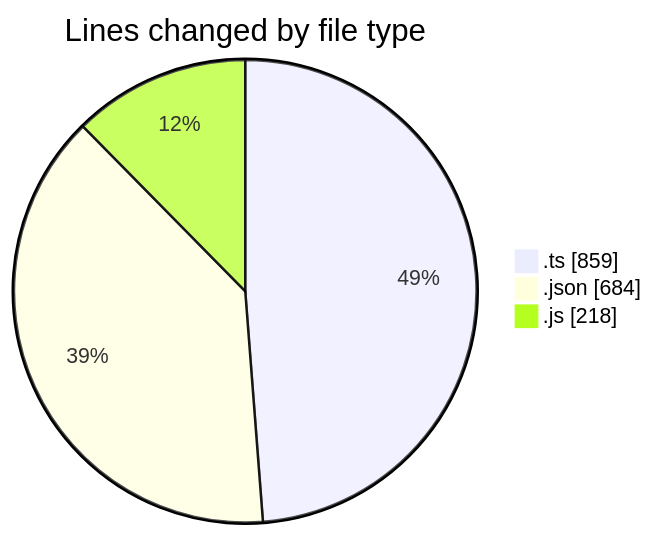
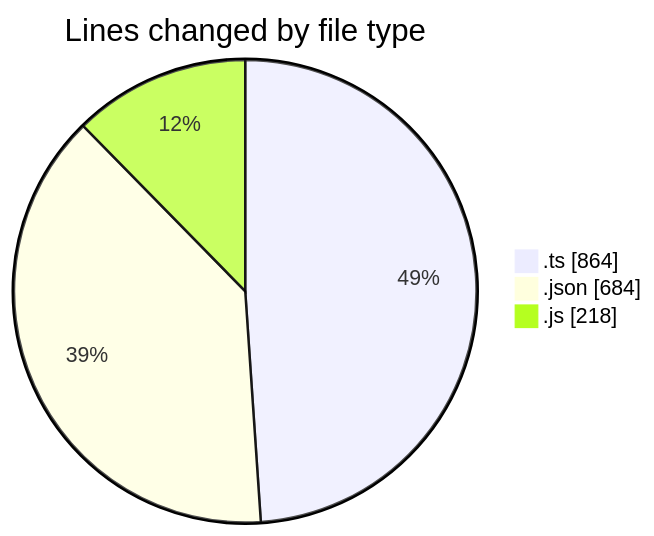
One commit to EIIisD/code-tracking changed the first of 2 diagrams in 2025-08-26/mcp-web/README.md. Above: the diagram before and after it, drawn with Mermaid. The commit also changed other lines of this file and 1 other file, not shown here.

````diff
--- a/2025-08-26/mcp-web/README.md
+++ b/2025-08-26/mcp-web/README.md
@@ -27,7 +27,7 @@
 ```mermaid
 pie showData
 title Lines changed by file type
-".ts" : 859
+".ts" : 864
 ".json" : 684
 ".js" : 218
 ```
````
